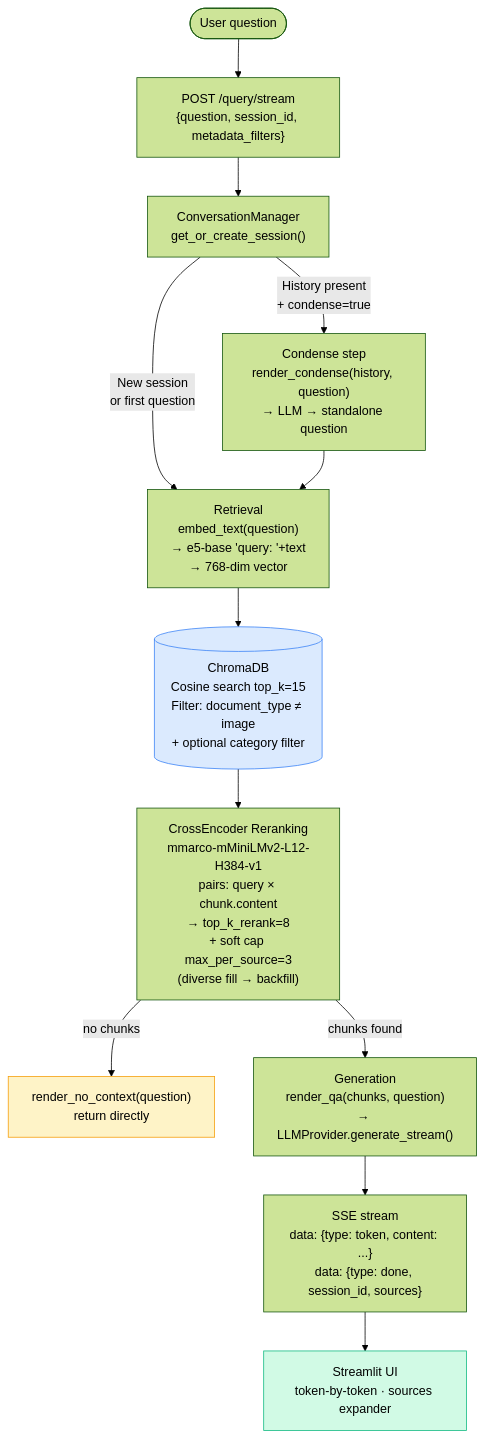
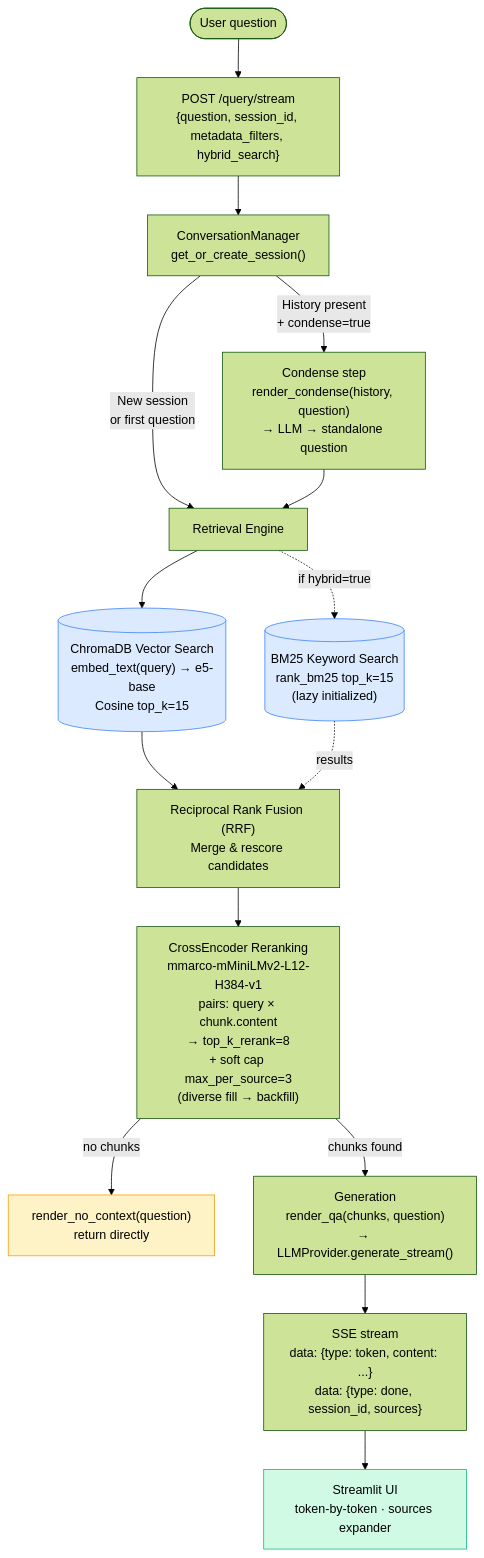
The second of 5 diagrams in docs/data-flow.md (FabianHentrich/lorekeeper), drawn with Mermaid (forest theme) before and after one commit. The commit also changed other lines of this file and 30 other files, not shown here.

````diff
--- a/docs/data-flow.md
+++ b/docs/data-flow.md
@@ -40,30 +51,35 @@
 ```mermaid
 flowchart TD
-    USER([User question]) --> API["POST /query/stream\n{question, session_id, metadata_filters}"]
+    USER([User question]) --> API["POST /query/stream\n{question, session_id, metadata_filters, hybrid_search}"]
 
     API --> CM["ConversationManager\nget_or_create_session()"]
 
     CM -->|"History present\n+ condense=true"| COND["Condense step\nrender_condense(history, question)\n→ LLM → standalone question"]
     CM -->|"New session\nor first question"| RET
 
     COND --> RET
 
-    RET["Retrieval\nembed_text(question)\n→ e5-base 'query: '+text\n→ 768-dim vector"]
+    RET["Retrieval Engine"]
 
-    RET --> CHROMA[("ChromaDB\nCosine search top_k=15\nFilter: document_type ≠ image\n+ optional category filter")]
+    RET --> VEC[("ChromaDB Vector Search\nembed_text(query) → e5-base\nCosine top_k=15")]
+    RET -.->|"if hybrid=true"| BM25[("BM25 Keyword Search\nrank_bm25 top_k=15\n(lazy initialized)")]
 
-    CHROMA --> RERANK["CrossEncoder Reranking\nmmarco-mMiniLMv2-L12-H384-v1\npairs: query × chunk.content\n→ top_k_rerank=8\n+ soft cap max_per_source=3\n(diverse fill → backfill)"]
+    VEC --> RRF["Reciprocal Rank Fusion (RRF)\nMerge & rescore candidates"]
+    BM25 -.->|"results"| RRF
+
+    RRF --> RERANK["CrossEncoder Reranking\nmmarco-mMiniLMv2-L12-H384-v1\npairs: query × chunk.content\n→ top_k_rerank=8\n+ soft cap max_per_source=3\n(diverse fill → backfill)"]
 
     RERANK -->|"no chunks"| NOCX["render_no_context(question)\nreturn directly"]
     RERANK -->|"chunks found"| GEN
 
     GEN["Generation\nrender_qa(chunks, question)\n→ LLMProvider.generate_stream()"]
 
     GEN --> SSE["SSE stream\ndata: {type: token, content: ...}\ndata: {type: done, session_id, sources}"]
 
     SSE --> UI["Streamlit UI\ntoken-by-token · sources expander"]
 
-    style CHROMA fill:#dbeafe,stroke:#3b82f6
+    style VEC fill:#dbeafe,stroke:#3b82f6
+    style BM25 fill:#dbeafe,stroke:#3b82f6
     style NOCX fill:#fef3c7,stroke:#f59e0b
     style UI fill:#d1fae5,stroke:#10b981
 ```
````
